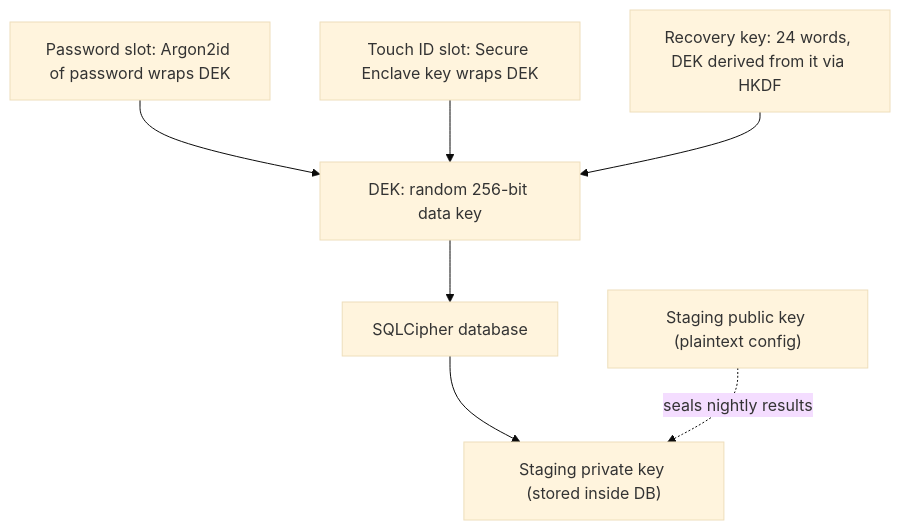
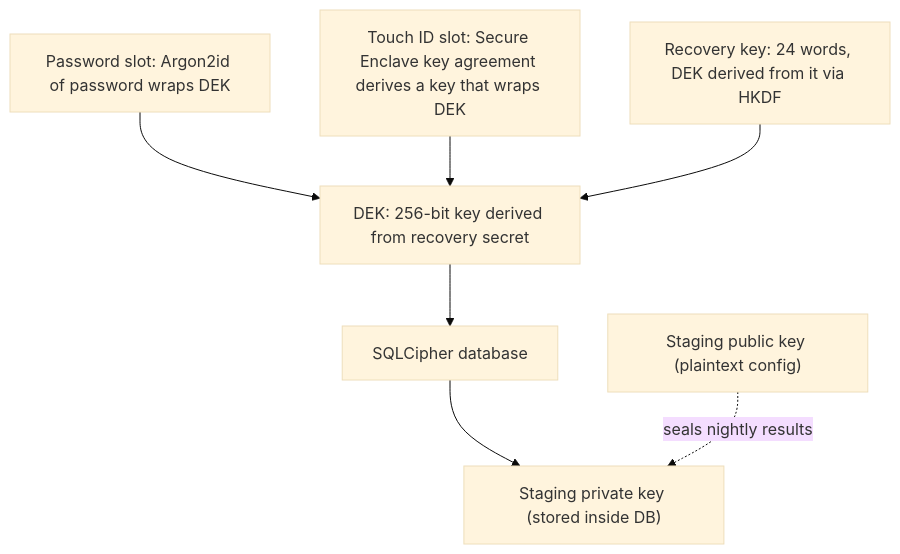
Before and after one commit to Henry-The-Yang-101/GroundKeeper: the second of 3 diagrams in PLAN.md, drawn with Mermaid (base theme). The commit also changed other lines of this file and 1 other file, not shown here.

````diff
--- a/PLAN.md
+++ b/PLAN.md
@@ -184,16 +185,16 @@
 ```mermaid
 flowchart TB
-  DEK["DEK: random 256-bit data key"]
+  DEK["DEK: 256-bit key derived from recovery secret"]
   DB["SQLCipher database"]
   PwSlot["Password slot: Argon2id of password wraps DEK"]
-  TidSlot["Touch ID slot: Secure Enclave key wraps DEK"]
+  TidSlot["Touch ID slot: Secure Enclave key agreement derives a key that wraps DEK"]
   RecSlot["Recovery key: 24 words, DEK derived from it via HKDF"]
   StagePriv["Staging private key (stored inside DB)"]
   StagePub["Staging public key (plaintext config)"]
   PwSlot --> DEK
   TidSlot --> DEK
   RecSlot --> DEK
   DEK --> DB
   DB --> StagePriv
   StagePub -.->|"seals nightly results"| StagePriv
 ```
````
